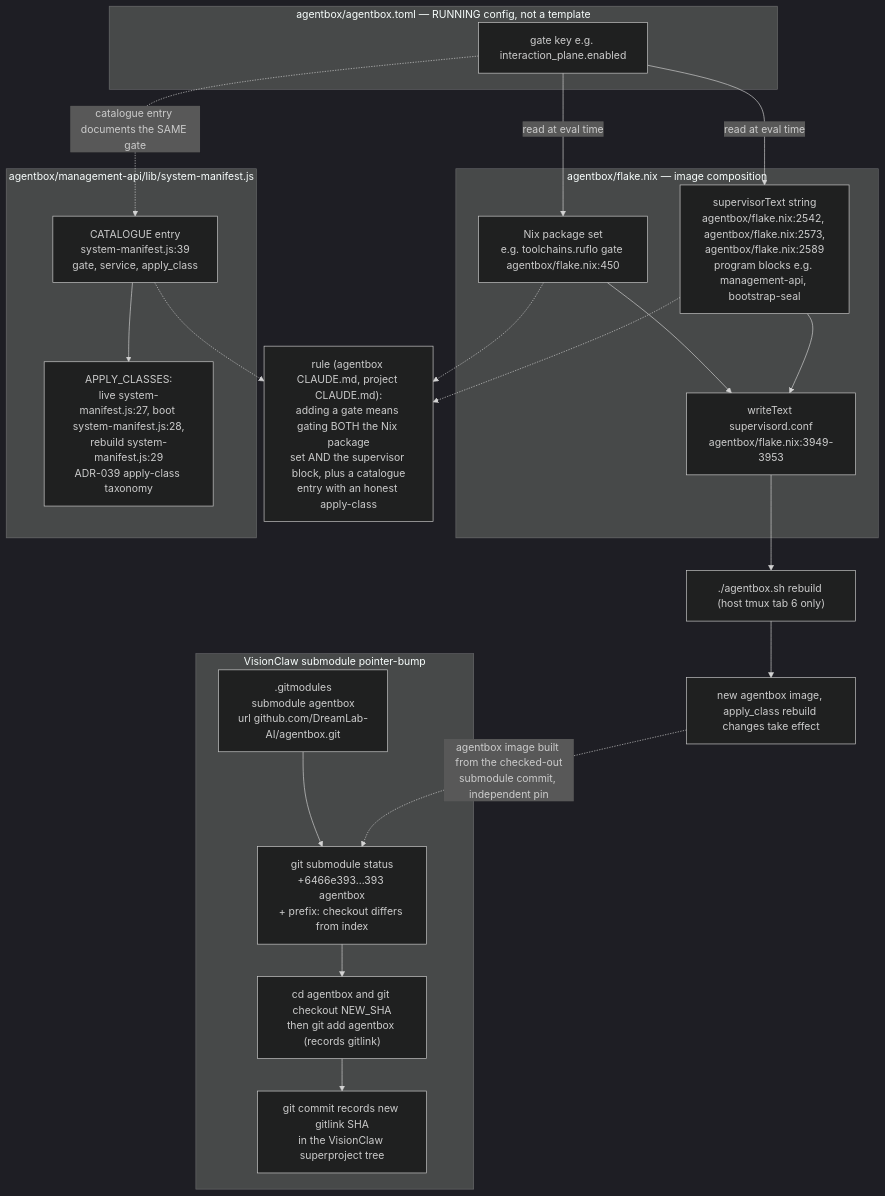
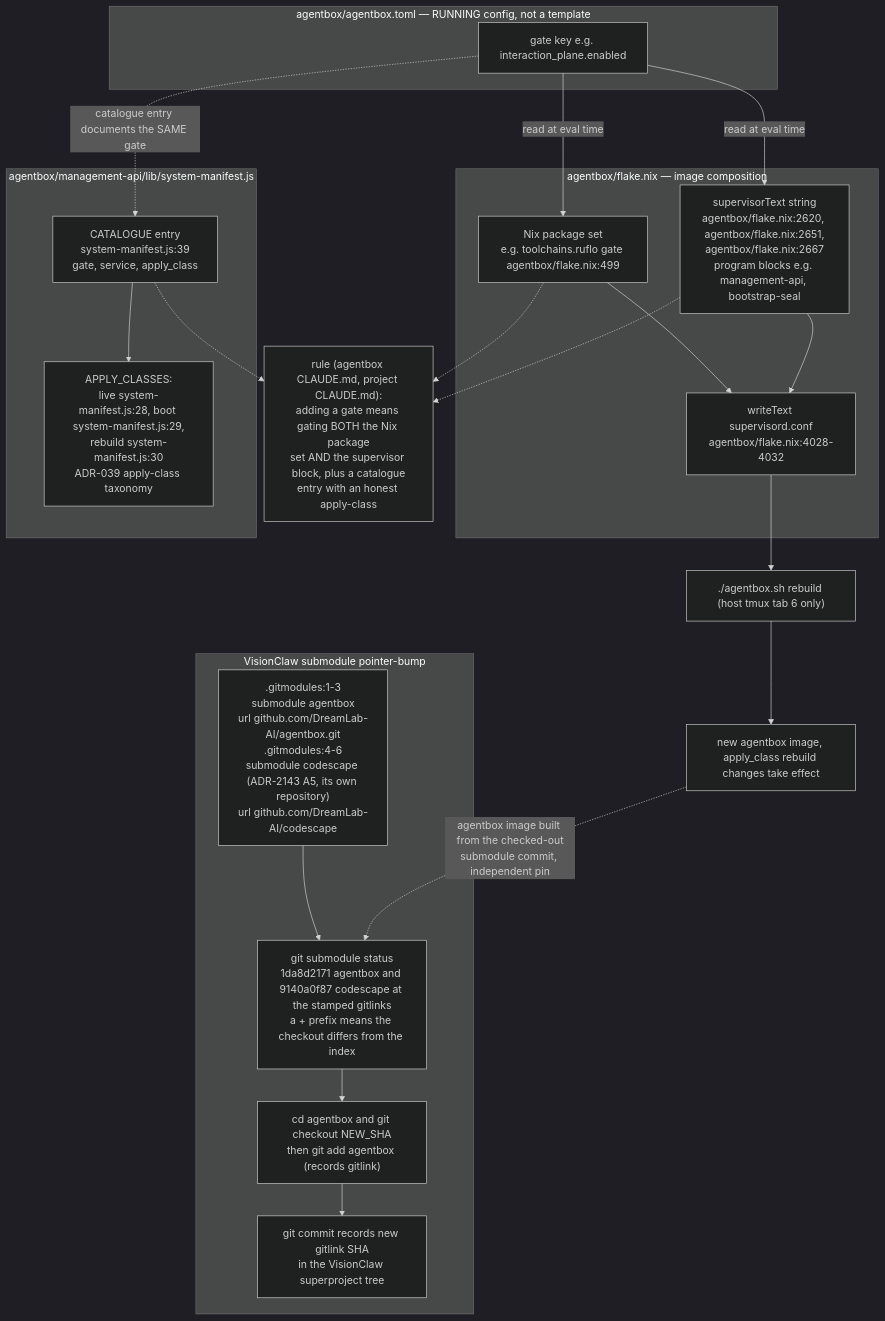
Before and after one commit to DreamLab-AI/VisionFlow: the tenth of 24 diagrams in docs/diagrams/estate/09-build-deploy-and-ci-estate.md, drawn with Mermaid (dark theme). The commit also changed other lines of this file and 160 other files, not shown here.

````diff
--- a/docs/diagrams/estate/09-build-deploy-and-ci-estate.md
+++ b/docs/diagrams/estate/09-build-deploy-and-ci-estate.md
@@ -376,42 +383,42 @@
 ```mermaid
 flowchart TB
     subgraph FLAKE["agentbox/flake.nix — image composition"]
-        NIXPKG["Nix package set<br/>e.g. toolchains.ruflo gate agentbox/flake.nix:450"]
-        SUPTEXT["supervisorText string<br/>agentbox/flake.nix:2542, agentbox/flake.nix:2573,<br/>agentbox/flake.nix:2589<br/>program blocks e.g. management-api, bootstrap-seal"]
-        SUPWRITE["writeText supervisord.conf<br/>agentbox/flake.nix:3949-3953"]
+        NIXPKG["Nix package set<br/>e.g. toolchains.ruflo gate agentbox/flake.nix:499"]
+        SUPTEXT["supervisorText string<br/>agentbox/flake.nix:2620, agentbox/flake.nix:2651,<br/>agentbox/flake.nix:2667<br/>program blocks e.g. management-api, bootstrap-seal"]
+        SUPWRITE["writeText supervisord.conf<br/>agentbox/flake.nix:4028-4032"]
     end
     subgraph TOML["agentbox/agentbox.toml — RUNNING config, not a template"]
         GATEKEY["gate key e.g. interaction_plane.enabled"]
     end
     subgraph MANIFEST["agentbox/management-api/lib/system-manifest.js"]
         CATALOGUE["CATALOGUE entry<br/>system-manifest.js:39<br/>gate, service, apply_class"]
-        APPLYCLASS["APPLY_CLASSES:<br/>live system-manifest.js:27, boot system-manifest.js:28,<br/>rebuild system-manifest.js:29<br/>ADR-039 apply-class taxonomy"]
+        APPLYCLASS["APPLY_CLASSES:<br/>live system-manifest.js:28, boot system-manifest.js:29,<br/>rebuild system-manifest.js:30<br/>ADR-039 apply-class taxonomy"]
     end
 
     GATEKEY -->|"read at eval time"| NIXPKG
     GATEKEY -->|"read at eval time"| SUPTEXT
     NIXPKG --> SUPWRITE
     SUPTEXT --> SUPWRITE
     GATEKEY -.->|"catalogue entry documents the SAME gate"| CATALOGUE
     CATALOGUE --> APPLYCLASS
 
     RULE["rule (agentbox CLAUDE.md, project CLAUDE.md):<br/>adding a gate means gating BOTH the Nix package<br/>set AND the supervisor block, plus a catalogue<br/>entry with an honest apply-class"]
     NIXPKG -.-> RULE
     SUPTEXT -.-> RULE
     CATALOGUE -.-> RULE
 
     REBUILD["./agentbox.sh rebuild (host tmux tab 6 only)"]
     SUPWRITE --> REBUILD
     REBUILD --> IMAGE["new agentbox image, apply_class rebuild changes take effect"]
 
     subgraph SUBMOD["VisionClaw submodule pointer-bump"]
-        GITMODULES[".gitmodules<br/>submodule agentbox<br/>url github.com/DreamLab-AI/agentbox.git"]
-        SUBSTATUS["git submodule status<br/>+6466e393...393 agentbox<br/>+ prefix: checkout differs from index"]
+        GITMODULES[".gitmodules:1-3<br/>submodule agentbox<br/>url github.com/DreamLab-AI/agentbox.git<br/>.gitmodules:4-6<br/>submodule codescape (ADR-2143 A5, its own repository)<br/>url github.com/DreamLab-AI/codescape"]
+        SUBSTATUS["git submodule status<br/>1da8d2171 agentbox and 9140a0f87 codescape at the stamped gitlinks<br/>a + prefix means the checkout differs from the index"]
         SUBUPDATE["cd agentbox and git checkout NEW_SHA<br/>then git add agentbox (records gitlink)"]
         SUBCOMMIT["git commit records new gitlink SHA<br/>in the VisionClaw superproject tree"]
     end
     GITMODULES --> SUBSTATUS
     SUBSTATUS --> SUBUPDATE
     SUBUPDATE --> SUBCOMMIT
     IMAGE -.->|"agentbox image built from the checked-out<br/>submodule commit, independent pin"| SUBSTATUS
 ```
````
